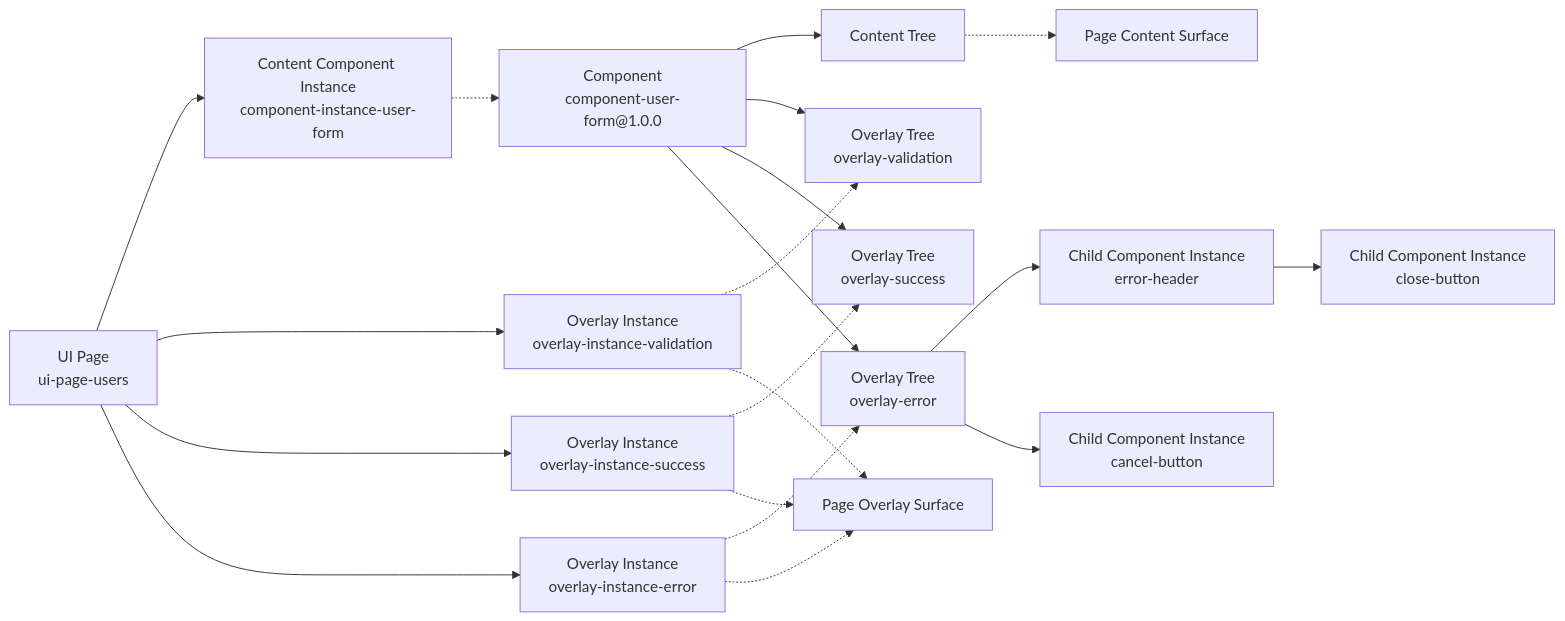
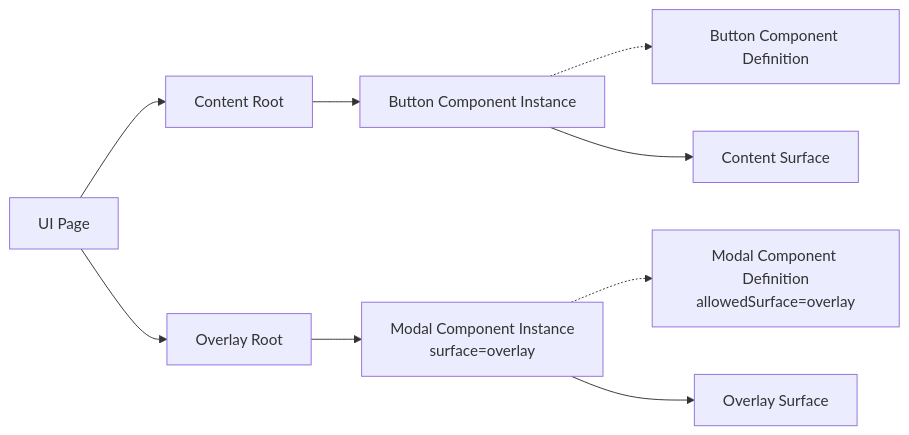
One commit to northwest-hcu/FlagShip changed the first of 4 diagrams in docs/architecture/10-examples-roadmap-and-decisions.md. Above: the diagram before and after it, drawn with Mermaid. The commit also changed other lines of this file and 46 other files, not shown here.

````diff
--- a/docs/architecture/10-examples-roadmap-and-decisions.md
+++ b/docs/architecture/10-examples-roadmap-and-decisions.md
@@ -88,37 +41,19 @@
 ```mermaid
 flowchart LR
-    Page["UI Page<br/>ui-page-users"]
-    Instance["Content Component Instance<br/>component-instance-user-form"]
-    ValidationInstance["Overlay Instance<br/>overlay-instance-validation"]
-    SuccessInstance["Overlay Instance<br/>overlay-instance-success"]
-    ErrorInstance["Overlay Instance<br/>overlay-instance-error"]
-    Component["Component<br/>component-user-form@1.0.0"]
-    Content["Content Tree"]
-    Validation["Overlay Tree<br/>overlay-validation"]
-    Success["Overlay Tree<br/>overlay-success"]
-    Error["Overlay Tree<br/>overlay-error"]
-    Header["Child Component Instance<br/>error-header"]
-    Close["Child Component Instance<br/>close-button"]
-    Cancel["Child Component Instance<br/>cancel-button"]
-    PageContent["Page Content Surface"]
-    PageOverlay["Page Overlay Surface"]
+    Page["UI Page"]
+    ContentRoot["Content Root"]
+    OverlayRoot["Overlay Root"]
+    OpenButton["Button Component Instance"]
+    Modal["Modal Component Instance<br/>surface=overlay"]
+    ButtonDefinition["Button Component Definition"]
+    ModalDefinition["Modal Component Definition<br/>allowedSurface=overlay"]
+    ContentSurface["Content Surface"]
+    OverlaySurface["Overlay Surface"]
 
-    Page --> Instance
-    Page --> ValidationInstance
-    Page --> SuccessInstance
-    Page --> ErrorInstance
-    Instance -.-> Component
-    Component --> Content
-    Component --> Validation
-    Component --> Success
-    Component --> Error
-    ValidationInstance -.-> Validation
-    SuccessInstance -.-> Success
-    ErrorInstance -.-> Error
-    Error --> Header --> Close
-    Error --> Cancel
-    Content -.-> PageContent
-    ValidationInstance -.-> PageOverlay
-    SuccessInstance -.-> PageOverlay
-    ErrorInstance -.-> PageOverlay
+    Page --> ContentRoot --> OpenButton
+    Page --> OverlayRoot --> Modal
+    OpenButton -.-> ButtonDefinition
+    Modal -.-> ModalDefinition
+    OpenButton --> ContentSurface
+    Modal --> OverlaySurface
 ```
````
